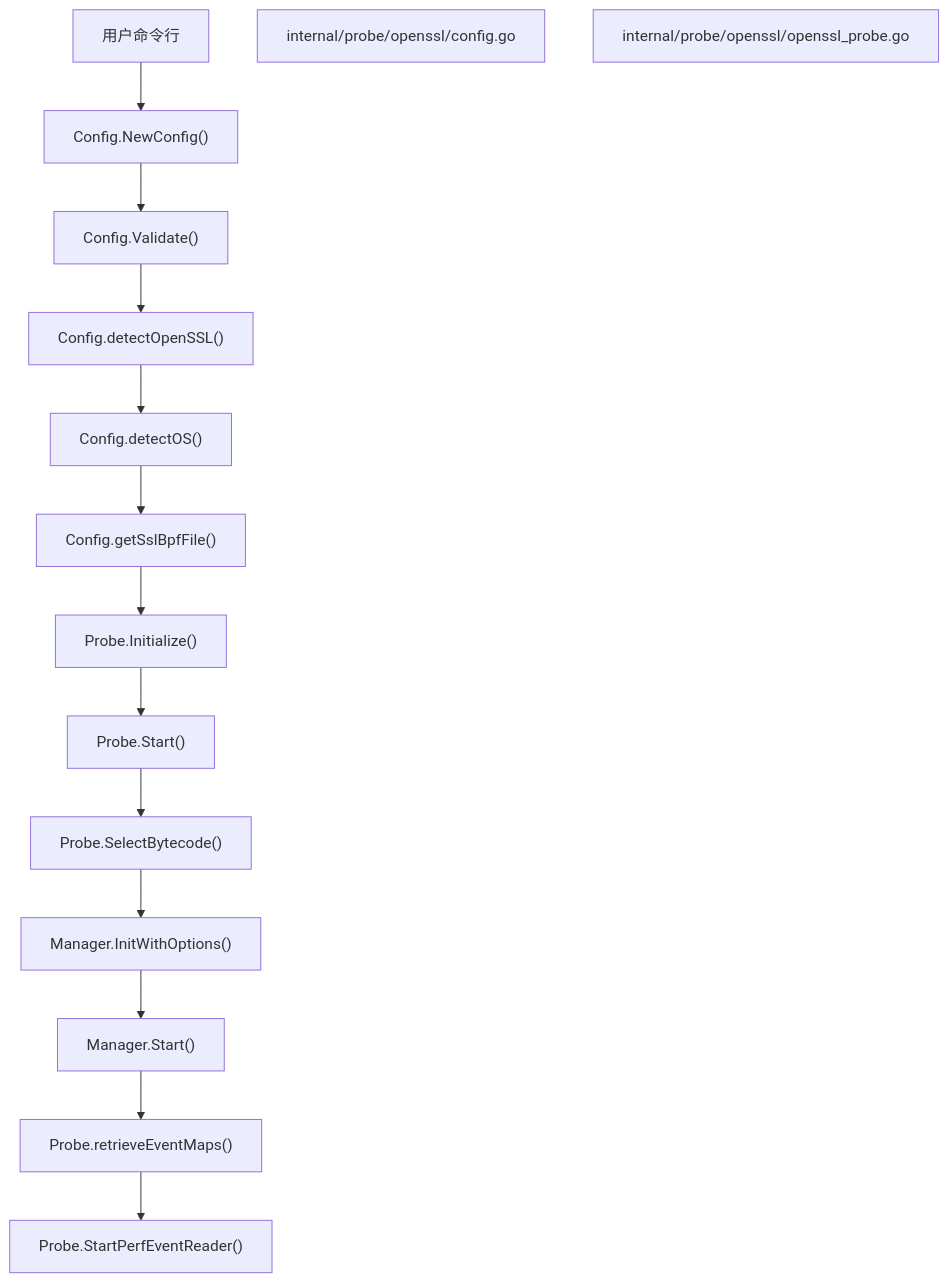
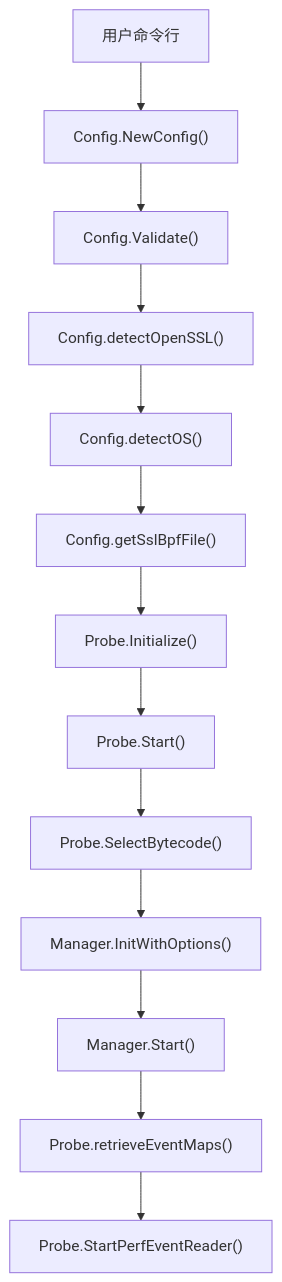
Before and after one commit to gojue/ecapture.cc: the first of 2 diagrams in src/zh/2-core-tls-modules/2.1-tls-capture-openssl-and-boringssl.md, drawn with Mermaid. The commit also changed other lines of this file and 25 other files, not shown here.

First line of the commit message:
fix(docs): validate Mermaid diagrams and improve generated navigation

````diff
--- a/src/zh/2-core-tls-modules/2.1-tls-capture-openssl-and-boringssl.md
+++ b/src/zh/2-core-tls-modules/2.1-tls-capture-openssl-and-boringssl.md
@@ -118,18 +118,18 @@
 ```mermaid
 graph TD
     UserCmd["用户命令行"] --> NewCfg["Config.NewConfig()"]
     NewCfg --> ValCfg["Config.Validate()"]
     ValCfg --> DetSSL["Config.detectOpenSSL()"]
     DetSSL --> DetVer["Config.detectOS()"]
     DetVer --> BpfSel["Config.getSslBpfFile()"]
     BpfSel --> ProbeInit["Probe.Initialize()"]
     ProbeInit --> ProbeStart["Probe.Start()"]
     ProbeStart --> LoadObj["Probe.SelectBytecode()"]
     LoadObj --> MgrInit["Manager.InitWithOptions()"]
     MgrInit --> MgrStart["Manager.Start()"]
     MgrStart --> RetMaps["Probe.retrieveEventMaps()"]
     RetMaps --> PerfRead["Probe.StartPerfEventReader()"]
 
-    sub:config["internal/probe/openssl/config.go"]
-    sub:probe["internal/probe/openssl/openssl_probe.go"]
+    %% config["internal/probe/openssl/config.go"]
+    %% probe["internal/probe/openssl/openssl_probe.go"]
 ```
````
